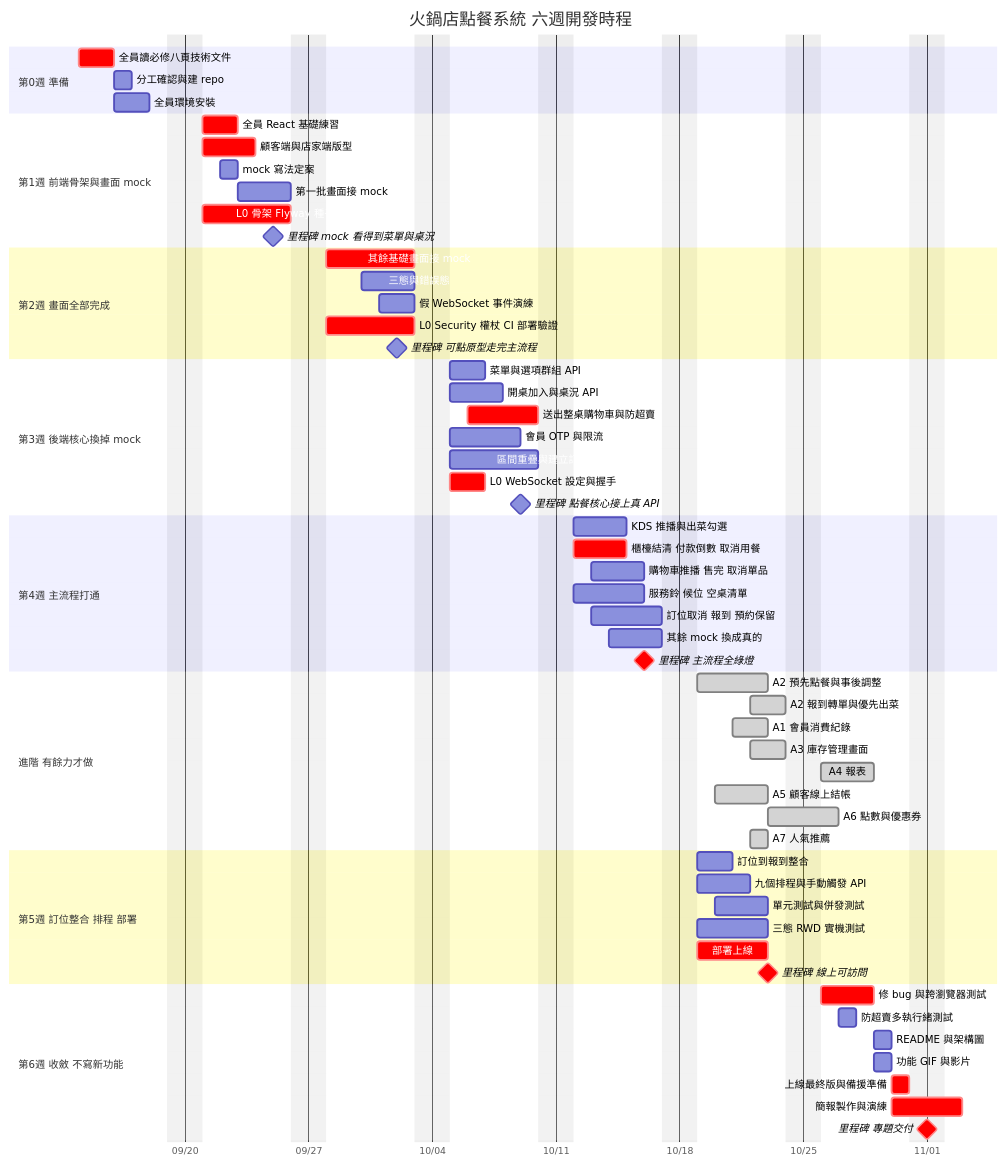
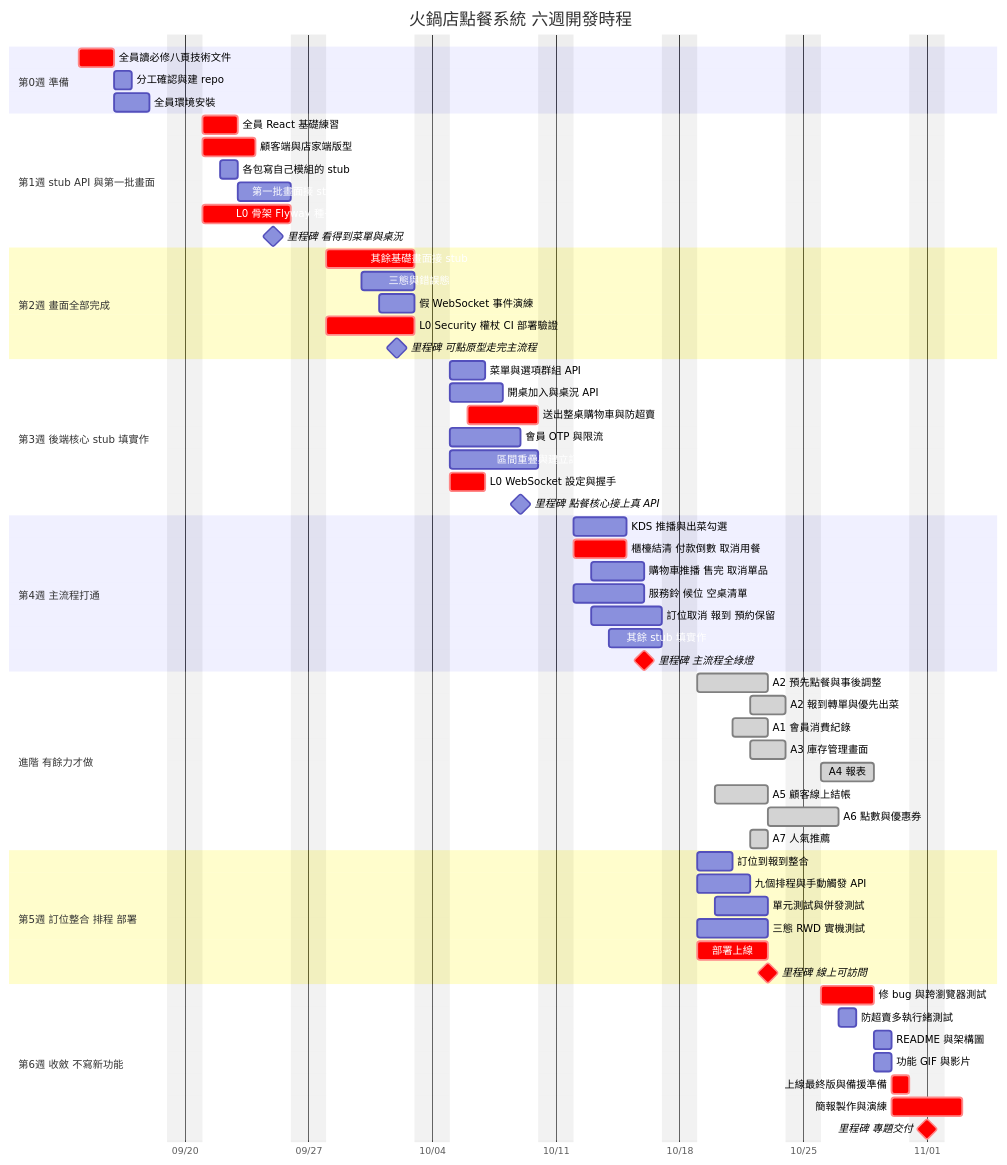
Before and after one commit to harry-wann/smart-order: the fifth of 16 diagrams in docs/spec/06-圖表總覽.md, drawn with Mermaid. The commit also changed other lines of this file and 20 other files, not shown here.

````diff
--- a/docs/spec/06-圖表總覽.md
+++ b/docs/spec/06-圖表總覽.md
@@ -291,72 +291,72 @@
 ```mermaid
 gantt
     title 火鍋店點餐系統 六週開發時程
     dateFormat YYYY-MM-DD
     axisFormat %m/%d
     excludes weekends
 
     section 第0週 準備
     全員讀必修八頁技術文件  :crit, d0, 2026-09-14, 2d
     分工確認與建 repo       :a0, 2026-09-16, 1d
     全員環境安裝            :a1, 2026-09-16, 2d
 
-    section 第1週 前端骨架與畫面 mock
+    section 第1週 stub API 與第一批畫面
     全員 React 基礎練習      :crit, b1, 2026-09-21, 2d
     顧客端與店家端版型       :crit, b2, 2026-09-21, 3d
-    mock 寫法定案           :b3, 2026-09-22, 1d
-    第一批畫面接 mock        :b4, 2026-09-23, 3d
+    各包寫自己模組的 stub   :b3, 2026-09-22, 1d
+    第一批畫面接 stub       :b4, 2026-09-23, 3d
     L0 骨架 Flyway 種子資料  :crit, b5, 2026-09-21, 5d
-    里程碑 mock 看得到菜單與桌況 :milestone, m1, 2026-09-25, 0d
+    里程碑 看得到菜單與桌況   :milestone, m1, 2026-09-25, 0d
 
     section 第2週 畫面全部完成
-    其餘基礎畫面接 mock       :crit, c1, 2026-09-28, 5d
+    其餘基礎畫面接 stub      :crit, c1, 2026-09-28, 5d
     三態與錯誤態             :c2, 2026-09-30, 3d
     假 WebSocket 事件演練     :c3, 2026-10-01, 2d
     L0 Security 權杖 CI 部署驗證 :crit, c4, 2026-09-28, 5d
     里程碑 可點原型走完主流程  :milestone, m2, 2026-10-02, 0d
 
-    section 第3週 後端核心換掉 mock
+    section 第3週 後端核心 stub 填實作
     菜單與選項群組 API        :e1, 2026-10-05, 2d
     開桌加入與桌況 API        :e2, 2026-10-05, 3d
     送出整桌購物車與防超賣     :crit, e3, 2026-10-06, 4d
     會員 OTP 與限流          :e4, 2026-10-05, 4d
     區間重疊與建立訂位        :e5, 2026-10-05, 5d
     L0 WebSocket 設定與握手   :crit, e6, 2026-10-05, 2d
     里程碑 點餐核心接上真 API  :milestone, m3, 2026-10-09, 0d
 
     section 第4週 主流程打通
     KDS 推播與出菜勾選        :f1, 2026-10-12, 3d
     櫃檯結清 付款倒數 取消用餐 :crit, f2, 2026-10-12, 3d
     購物車推播 售完 取消單品   :f3, 2026-10-13, 3d
     服務鈴 候位 空桌清單      :f4, 2026-10-12, 4d
     訂位取消 報到 預約保留     :f5, 2026-10-13, 4d
-    其餘 mock 換成真的        :f6, 2026-10-14, 3d
+    其餘 stub 填實作         :f6, 2026-10-14, 3d
     里程碑 主流程全綠燈       :crit, milestone, m4, 2026-10-16, 0d
 
     section 進階 有餘力才做
     A2 預先點餐與事後調整     :done, x1, 2026-10-19, 4d
     A2 報到轉單與優先出菜     :done, x2, 2026-10-22, 2d
     A1 會員消費紀錄          :done, x3, 2026-10-21, 2d
     A3 庫存管理畫面          :done, x5, 2026-10-22, 2d
     A4 報表                 :done, x6, 2026-10-26, 3d
     A5 顧客線上結帳          :done, x7, 2026-10-20, 3d
     A6 點數與優惠券          :done, x8, 2026-10-23, 2d
     A7 人氣推薦             :done, x9, 2026-10-22, 1d
 
     section 第5週 訂位整合 排程 部署
     訂位到報到整合           :g1, 2026-10-19, 2d
     九個排程與手動觸發 API    :g2, 2026-10-19, 3d
     單元測試與併發測試        :g3, 2026-10-20, 3d
     三態 RWD 實機測試        :g4, 2026-10-19, 4d
     部署上線                :crit, g5, 2026-10-19, 4d
     里程碑 線上可訪問        :crit, milestone, m5, 2026-10-23, 0d
 
     section 第6週 收斂 不寫新功能
     修 bug 與跨瀏覽器測試     :crit, h1, 2026-10-26, 3d
     防超賣多執行緒測試       :h6, 2026-10-27, 1d
     README 與架構圖         :h2, 2026-10-29, 1d
     功能 GIF 與影片         :h3, 2026-10-29, 1d
     上線最終版與備援準備      :crit, h4, 2026-10-30, 1d
     簡報製作與演練          :crit, h5, 2026-10-30, 2d
     里程碑 專題交付         :crit, milestone, m6, 2026-11-01, 0d
 ```
````
